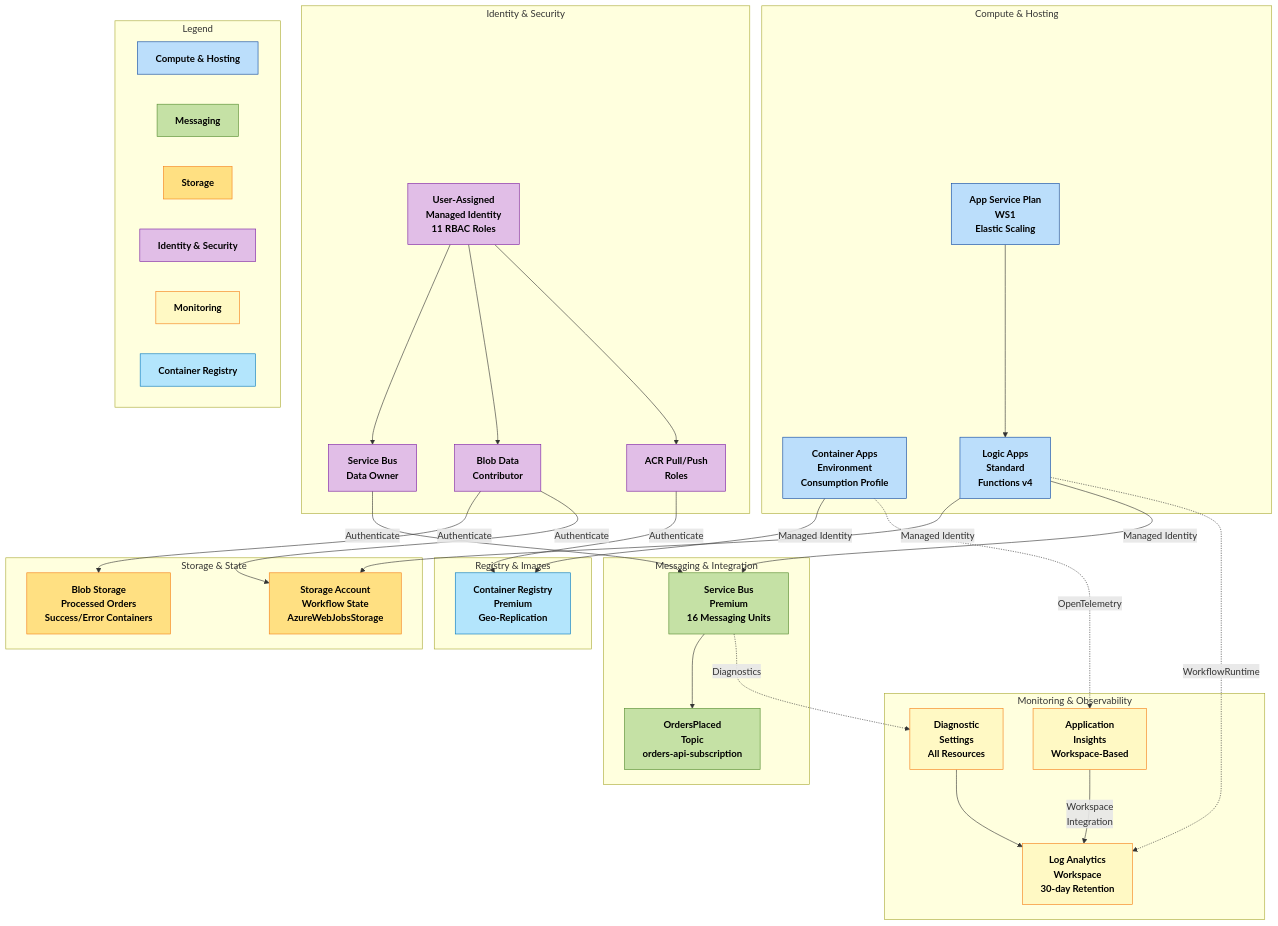
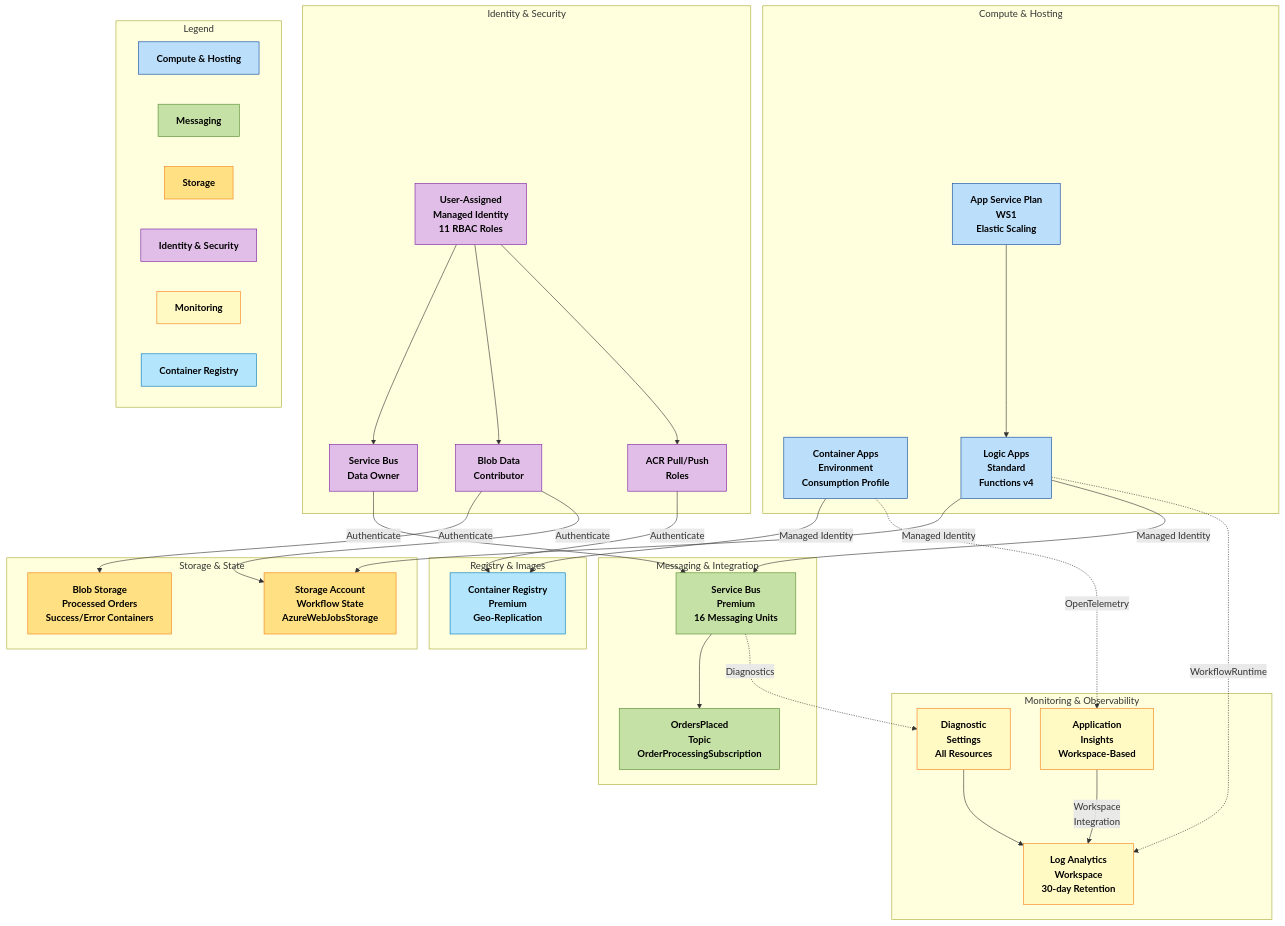
The eighth of 8 diagrams in README.md (Evilazaro/Azure-LogicApps-Monitoring), drawn with Mermaid before and after one commit. The commit also changed other lines of this file and 5 other files, not shown here.

Commit message:
Refactor Service Bus subscription names to use 'OrderProcessingSubscription' for consistency across configurations

````diff
--- a/README.md
+++ b/README.md
@@ -617,80 +617,80 @@
 ```mermaid
 graph TB
     subgraph "Compute & Hosting"
         CAE[Container Apps<br/>Environment<br/>Consumption Profile]
         ASP[App Service Plan<br/>WS1<br/>Elastic Scaling]
         LA[Logic Apps<br/>Standard<br/>Functions v4]
     end
 
     subgraph "Messaging & Integration"
         SB[Service Bus<br/>Premium<br/>16 Messaging Units]
-        TOPIC[OrdersPlaced<br/>Topic<br/>orders-api-subscription]
+        TOPIC[OrdersPlaced<br/>Topic<br/>OrderProcessingSubscription]
     end
 
     subgraph "Storage & State"
         BLOB[Blob Storage<br/>Processed Orders<br/>Success/Error Containers]
         WF_STORAGE[Storage Account<br/>Workflow State<br/>AzureWebJobsStorage]
     end
 
     subgraph "Identity & Security"
         MI[User-Assigned<br/>Managed Identity<br/>11 RBAC Roles]
         RBAC_SB[Service Bus<br/>Data Owner]
         RBAC_BLOB[Blob Data<br/>Contributor]
         RBAC_ACR[ACR Pull/Push<br/>Roles]
     end
 
     subgraph "Monitoring & Observability"
         AI[Application<br/>Insights<br/>Workspace-Based]
         LAW[Log Analytics<br/>Workspace<br/>30-day Retention]
         DIAG[Diagnostic<br/>Settings<br/>All Resources]
     end
 
     subgraph "Registry & Images"
         ACR[Container Registry<br/>Premium<br/>Geo-Replication]
     end
 
     CAE -->|Managed Identity| ACR
     ASP --> LA
     LA -->|Managed Identity| WF_STORAGE
     LA -->|Managed Identity| SB
     SB --> TOPIC
 
     MI --> RBAC_SB
     MI --> RBAC_BLOB
     MI --> RBAC_ACR
 
     RBAC_SB -->|Authenticate| SB
     RBAC_BLOB -->|Authenticate| BLOB
     RBAC_BLOB -->|Authenticate| WF_STORAGE
     RBAC_ACR -->|Authenticate| ACR
 
     CAE -.->|OpenTelemetry| AI
     LA -.->|WorkflowRuntime| LAW
     SB -.->|Diagnostics| DIAG
     AI -->|Workspace<br/>Integration| LAW
     DIAG --> LAW
 
     classDef compute fill:#BBDEFB,stroke:#0D47A1,color:#000,font-weight:bold;
     classDef messaging fill:#C5E1A5,stroke:#558B2F,color:#000,font-weight:bold;
     classDef storage fill:#FFE082,stroke:#F57F17,color:#000,font-weight:bold;
     classDef identity fill:#E1BEE7,stroke:#7B1FA2,color:#000,font-weight:bold;
     classDef monitoring fill:#FFF9C4,stroke:#F57F17,color:#000,font-weight:bold;
     classDef registry fill:#B3E5FC,stroke:#0277BD,color:#000,font-weight:bold;
 
     class CAE,ASP,LA compute;
     class SB,TOPIC messaging;
     class BLOB,WF_STORAGE storage;
     class MI,RBAC_SB,RBAC_BLOB,RBAC_ACR identity;
     class AI,LAW,DIAG monitoring;
     class ACR registry;
     
     %% Legend
     subgraph Legend
         L1[Compute & Hosting]:::compute
         L2[Messaging]:::messaging
         L3[Storage]:::storage
         L4[Identity & Security]:::identity
         L5[Monitoring]:::monitoring
         L6[Container Registry]:::registry
     end
 ```
````
